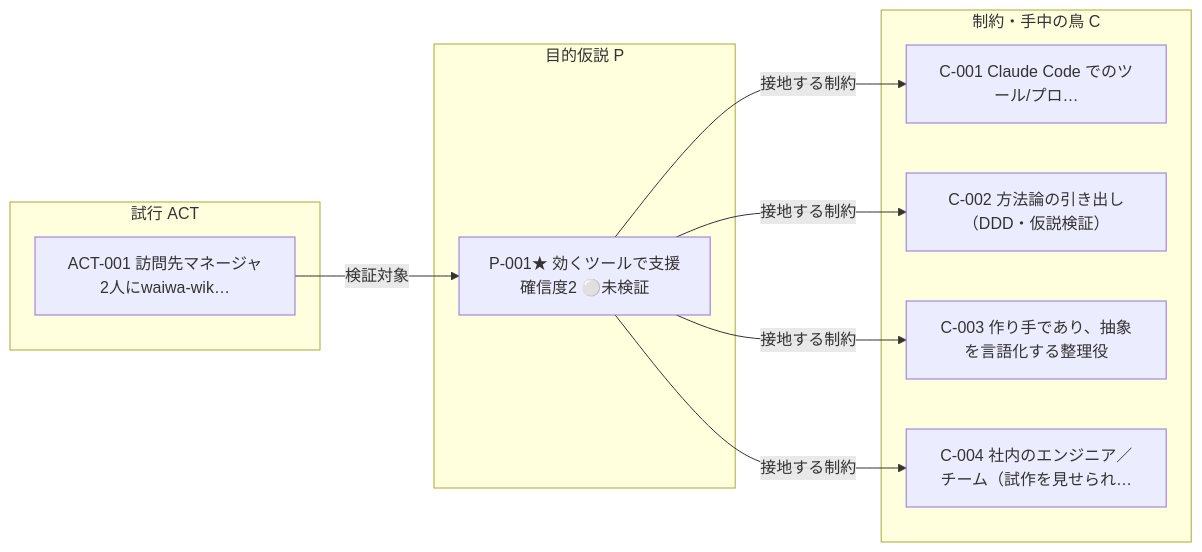
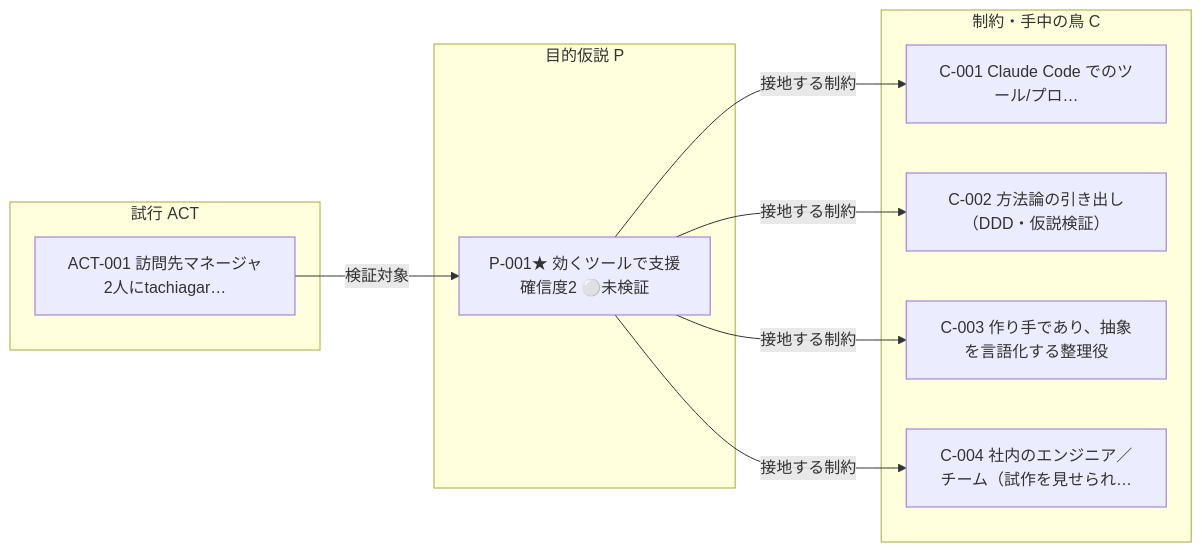
Before and after one commit to haru01/waiwa-wiki: the diagram in projects/self/wiki/views/relations.md, drawn with Mermaid. The commit also changed other lines of this file and 4 other files, not shown here.

````diff
--- a/projects/self/wiki/views/relations.md
+++ b/projects/self/wiki/views/relations.md
@@ -9,20 +9,20 @@
 ```mermaid
 flowchart LR
     subgraph P["目的仮説 P"]
       SELF_P_001["P-001★ 効くツールで支援<br/>確信度2 ⚪未検証"]
     end
     subgraph C["制約・手中の鳥 C"]
       SELF_C_001["C-001 Claude Code でのツール/プロ…"]
       SELF_C_002["C-002 方法論の引き出し（DDD・仮説検証）"]
       SELF_C_003["C-003 作り手であり、抽象を言語化する整理役"]
       SELF_C_004["C-004 社内のエンジニア／チーム（試作を見せられ…"]
     end
     subgraph ACT["試行 ACT"]
-      SELF_ACT_001["ACT-001 訪問先マネージャ2人にwaiwa-wik…"]
+      SELF_ACT_001["ACT-001 訪問先マネージャ2人にtachiagar…"]
     end
     SELF_P_001 -->|接地する制約| SELF_C_001
     SELF_P_001 -->|接地する制約| SELF_C_002
     SELF_P_001 -->|接地する制約| SELF_C_003
     SELF_P_001 -->|接地する制約| SELF_C_004
     SELF_ACT_001 -->|検証対象| SELF_P_001
 ```
````
